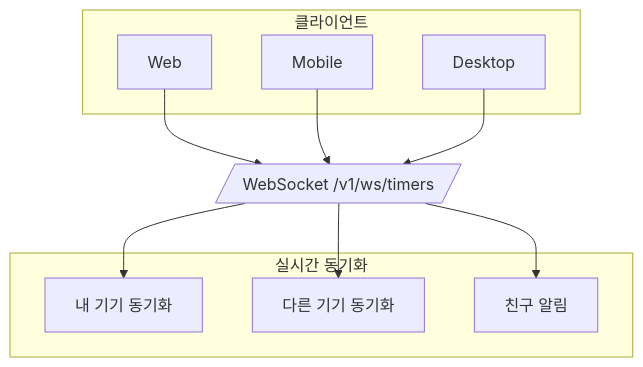
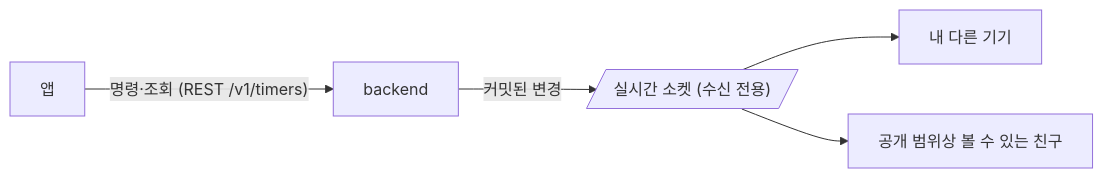
Before and after one commit to onprem-hipster-timer/backend: the first of 2 diagrams in docs/guides/timer.ko.md, drawn with Mermaid. The commit also changed other lines of this file and 7 other files, not shown here.

Commit message:
docs(realtime): 실시간 전달 구조와 수신 전용 WebSocket, REST 타이머 명령 문서화

````diff
--- a/docs/guides/timer.ko.md
+++ b/docs/guides/timer.ko.md
@@ -30,23 +17,7 @@
 ```mermaid
-flowchart TD
-    subgraph clients["클라이언트"]
-        Web[Web]
-        Mobile[Mobile]
-        Desktop[Desktop]
-    end
-
-    WS[/"WebSocket /v1/ws/timers"/]
-
-    subgraph sync["실시간 동기화"]
-        MyDevice[내 기기 동기화]
-        OtherDevice[다른 기기 동기화]
-        FriendNotify[친구 알림]
-    end
-
-    Web --> WS
-    Mobile --> WS
-    Desktop --> WS
-    WS --> MyDevice
-    WS --> OtherDevice
-    WS --> FriendNotify
+flowchart LR
+    App[앱] -- "명령·조회 (REST /v1/timers)" --> API[backend]
+    API -- "커밋된 변경" --> Socket[/"실시간 소켓 (수신 전용)"/]
+    Socket --> Mine[내 다른 기기]
+    Socket --> Friends[공개 범위상 볼 수 있는 친구]
 ```
````
